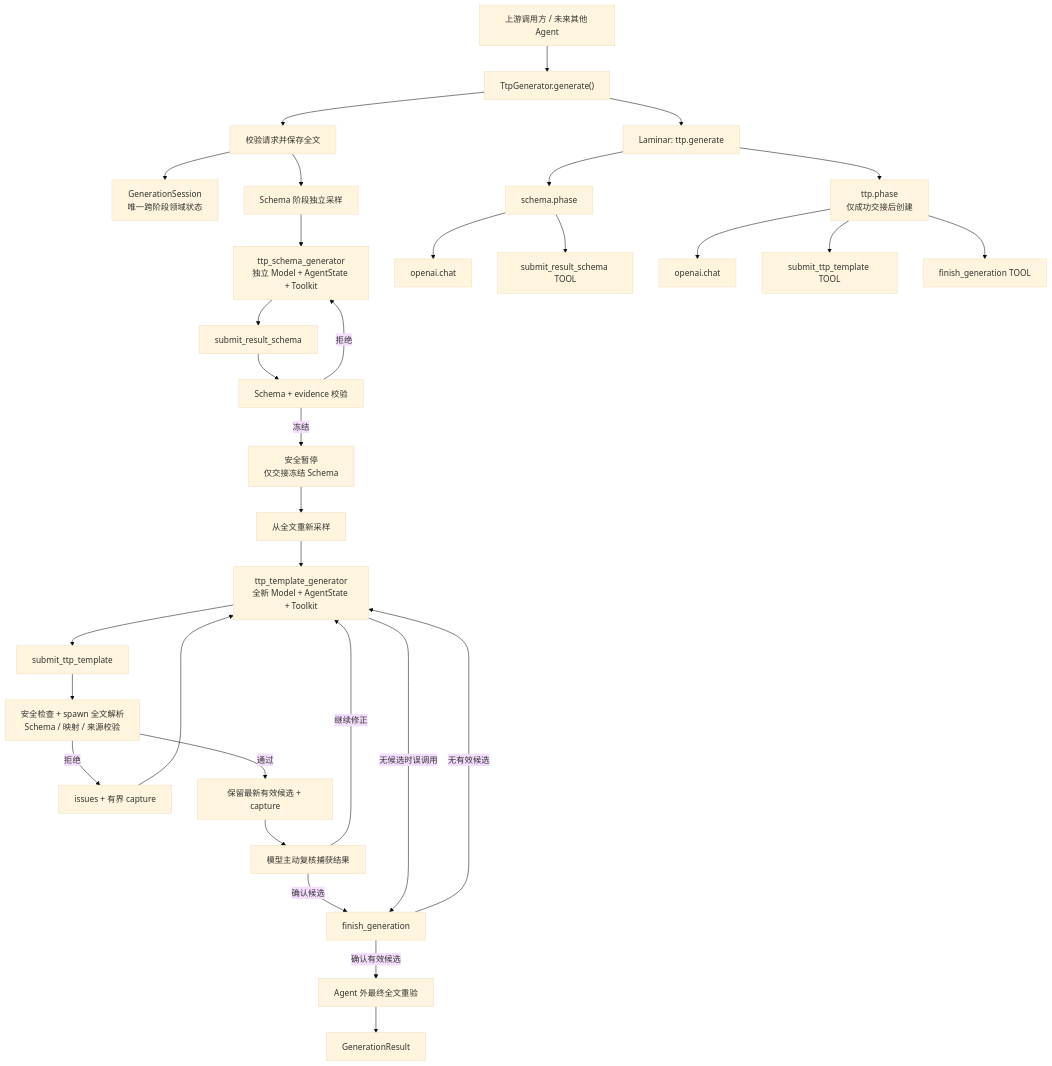
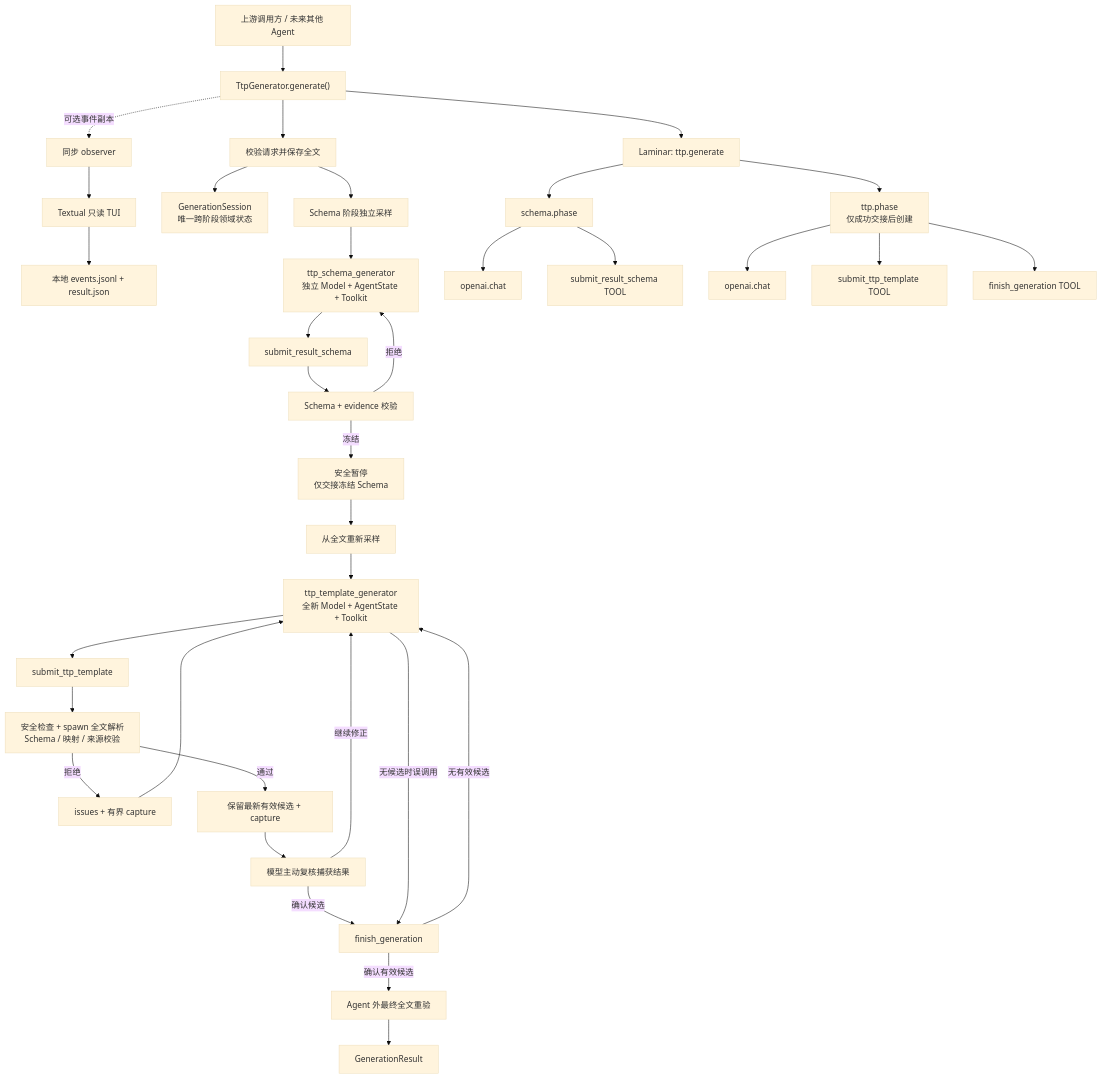
The diagram in docs/agent-architecture-and-runtime.md (Madolkke/cli-parser), drawn with Mermaid (base theme) before and after one commit. The commit also changed other lines of this file and 20 other files, not shown here.

````diff
--- a/docs/agent-architecture-and-runtime.md
+++ b/docs/agent-architecture-and-runtime.md
@@ -11,37 +11,40 @@
 ```mermaid
 flowchart TD
     U["上游调用方 / 未来其他 Agent"] --> API["TtpGenerator.generate()"]
     API --> REQ["校验请求并保存全文"]
     API --> ROOT["Laminar: ttp.generate"]
+    API -. "可选事件副本" .-> OBS["同步 observer"]
+    OBS --> TUI["Textual 只读 TUI"]
+    TUI --> LOCAL["本地 events.jsonl + result.json"]
 
     REQ --> SESSION["GenerationSession<br/>唯一跨阶段领域状态"]
     REQ --> SSAMPLE["Schema 阶段独立采样"]
     SSAMPLE --> SAGENT["ttp_schema_generator<br/>独立 Model + AgentState + Toolkit"]
     SAGENT --> STOOL["submit_result_schema"]
     STOOL --> SVALIDATE["Schema + evidence 校验"]
     SVALIDATE -->|拒绝| SAGENT
     SVALIDATE -->|冻结| HANDOFF["安全暂停<br/>仅交接冻结 Schema"]
 
     HANDOFF --> TSAMPLE["从全文重新采样"]
     TSAMPLE --> TAGENT["ttp_template_generator<br/>全新 Model + AgentState + Toolkit"]
     TAGENT --> TTOOL["submit_ttp_template"]
     TTOOL --> TVALIDATE["安全检查 + spawn 全文解析<br/>Schema / 映射 / 来源校验"]
     TVALIDATE -->|拒绝| CAPTURE["issues + 有界 capture"]
     CAPTURE --> TAGENT
     TVALIDATE -->|通过| CANDIDATE["保留最新有效候选 + capture"]
     CANDIDATE --> REVIEW["模型主动复核捕获结果"]
     REVIEW -->|继续修正| TAGENT
     REVIEW -->|确认候选| FTOOL["finish_generation"]
     TAGENT -->|无候选时误调用| FTOOL
     FTOOL -->|无有效候选| TAGENT
     FTOOL -->|确认有效候选| FINAL["Agent 外最终全文重验"]
     FINAL --> RESULT["GenerationResult"]
 
     ROOT --> SPHASE["schema.phase"]
     SPHASE --> SLLM["openai.chat"]
     SPHASE --> STOOLSPAN["submit_result_schema TOOL"]
     ROOT --> TPHASE["ttp.phase<br/>仅成功交接后创建"]
     TPHASE --> TLLM["openai.chat"]
     TPHASE --> TTOOLSPAN["submit_ttp_template TOOL"]
     TPHASE --> FTOOLSPAN["finish_generation TOOL"]
 ```
````
